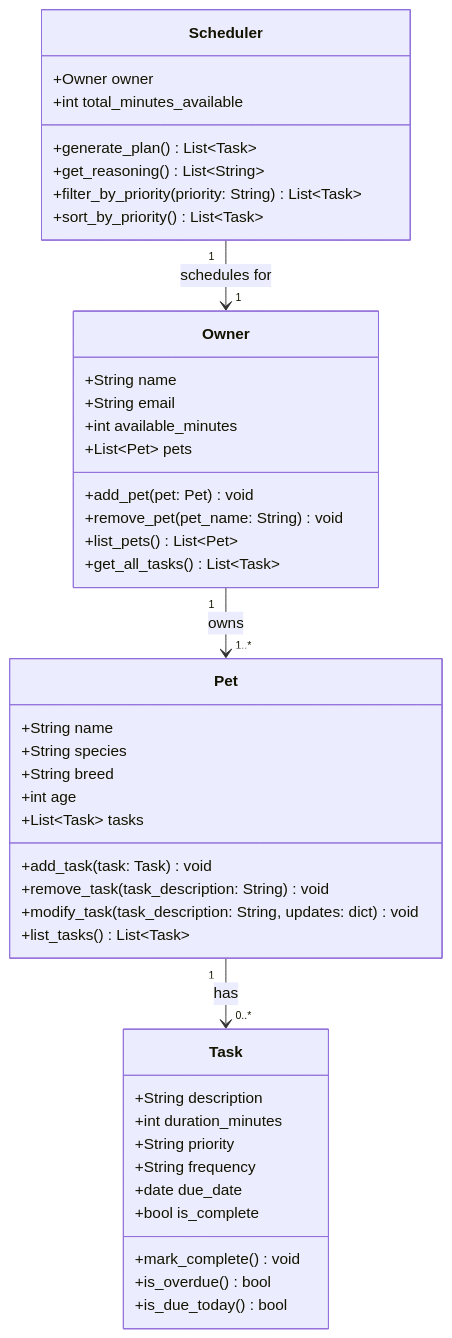
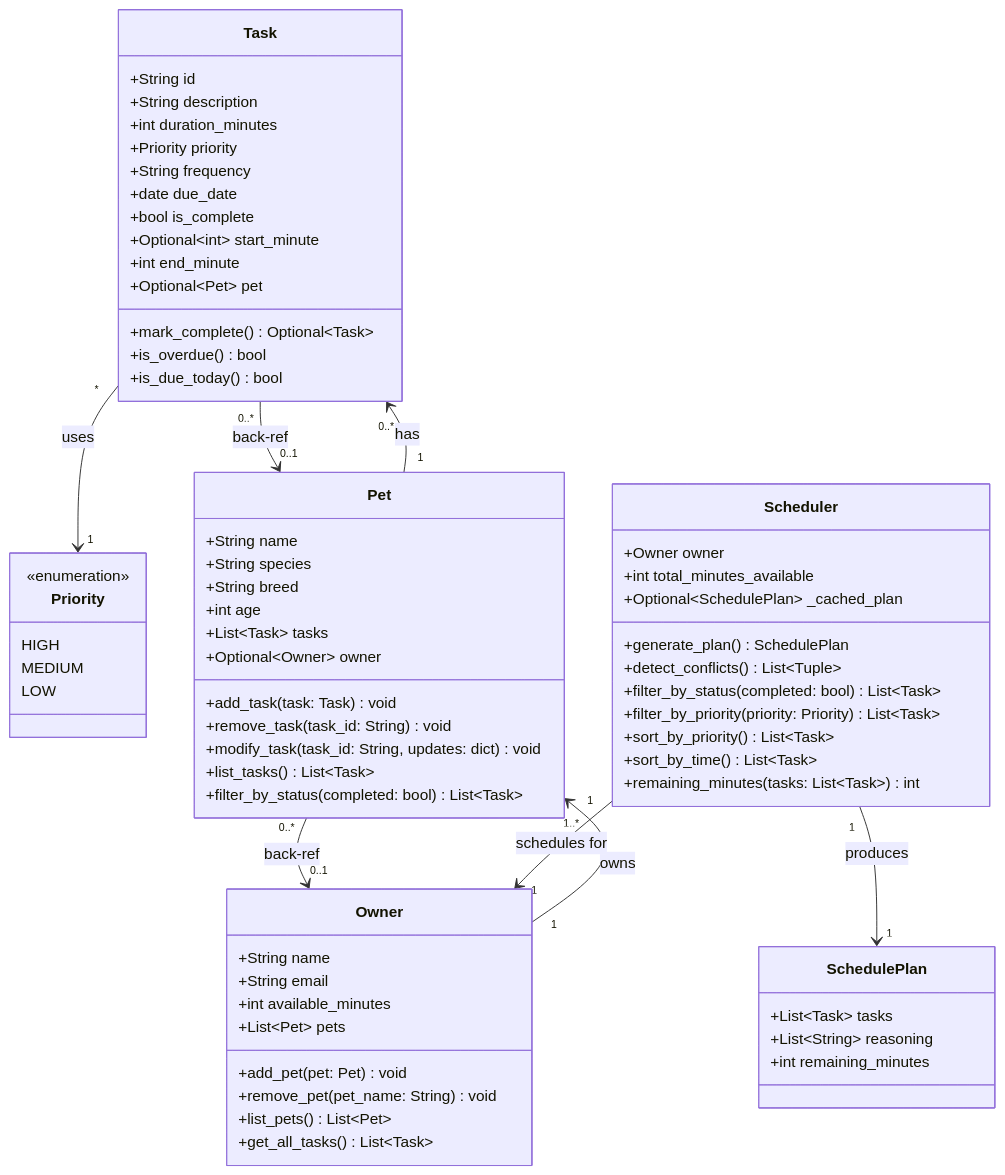
The diagram in class_diagram.mmd (Rubey4112/ai110-module2show-pawpal-starter), drawn with Mermaid before and after one commit. The commit also changed 5 other files, not shown here.

```diff
--- a/class_diagram.mmd
+++ b/class_diagram.mmd
@@ -1,48 +1,75 @@
 classDiagram
+    class Priority {
+        <<enumeration>>
+        HIGH
+        MEDIUM
+        LOW
+    }
+
+    class SchedulePlan {
+        +List~Task~ tasks
+        +List~String~ reasoning
+        +int remaining_minutes
+    }
+
+    class Task {
+        +String id
+        +String description
+        +int duration_minutes
+        +Priority priority
+        +String frequency
+        +date due_date
+        +bool is_complete
+        +Optional~int~ start_minute
+        +int end_minute
+        +Optional~Pet~ pet
+        +mark_complete() Optional~Task~
+        +is_overdue() bool
+        +is_due_today() bool
+    }
+
+    class Pet {
+        +String name
+        +String species
+        +String breed
+        +int age
+        +List~Task~ tasks
+        +Optional~Owner~ owner
+        +add_task(task: Task) void
+        +remove_task(task_id: String) void
+        +modify_task(task_id: String, updates: dict) void
+        +list_tasks() List~Task~
+        +filter_by_status(completed: bool) List~Task~
+    }
+
     class Owner {
         +String name
         +String email
         +int available_minutes
         +List~Pet~ pets
         +add_pet(pet: Pet) void
         +remove_pet(pet_name: String) void
         +list_pets() List~Pet~
         +get_all_tasks() List~Task~
     }
 
-    class Pet {
-        +String name
-        +String species
-        +String breed
-        +int age
-        +List~Task~ tasks
-        +add_task(task: Task) void
-        +remove_task(task_description: String) void
-        +modify_task(task_description: String, updates: dict) void
-        +list_tasks() List~Task~
-    }
-
-    class Task {
-        +String description
-        +int duration_minutes
-        +String priority
-        +String frequency
-        +date due_date
-        +bool is_complete
-        +mark_complete() void
-        +is_overdue() bool
-        +is_due_today() bool
-    }
-
     class Scheduler {
         +Owner owner
         +int total_minutes_available
-        +generate_plan() List~Task~
-        +get_reasoning() List~String~
-        +filter_by_priority(priority: String) List~Task~
+        +Optional~SchedulePlan~ _cached_plan
+        +generate_plan() SchedulePlan
+        +detect_conflicts() List~Tuple~
+        +filter_by_status(completed: bool) List~Task~
+        +filter_by_priority(priority: Priority) List~Task~
         +sort_by_priority() List~Task~
+        +sort_by_time() List~Task~
+        +remaining_minutes(tasks: List~Task~) int
     }
 
     Owner "1" --> "1..*" Pet : owns
+    Pet "0..*" --> "0..1" Owner : back-ref
     Pet "1" --> "0..*" Task : has
+    Task "0..*" --> "0..1" Pet : back-ref
     Scheduler "1" --> "1" Owner : schedules for
+    Scheduler "1" --> "1" SchedulePlan : produces
+    Task "*" --> "1" Priority : uses
```
